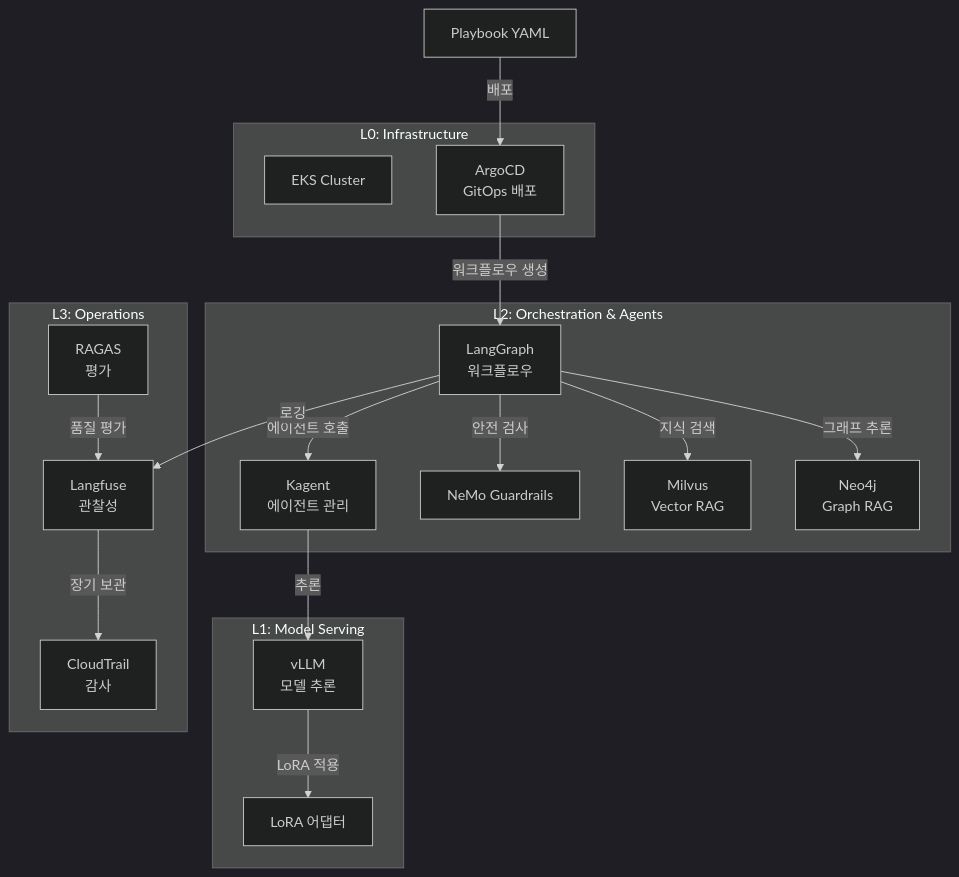
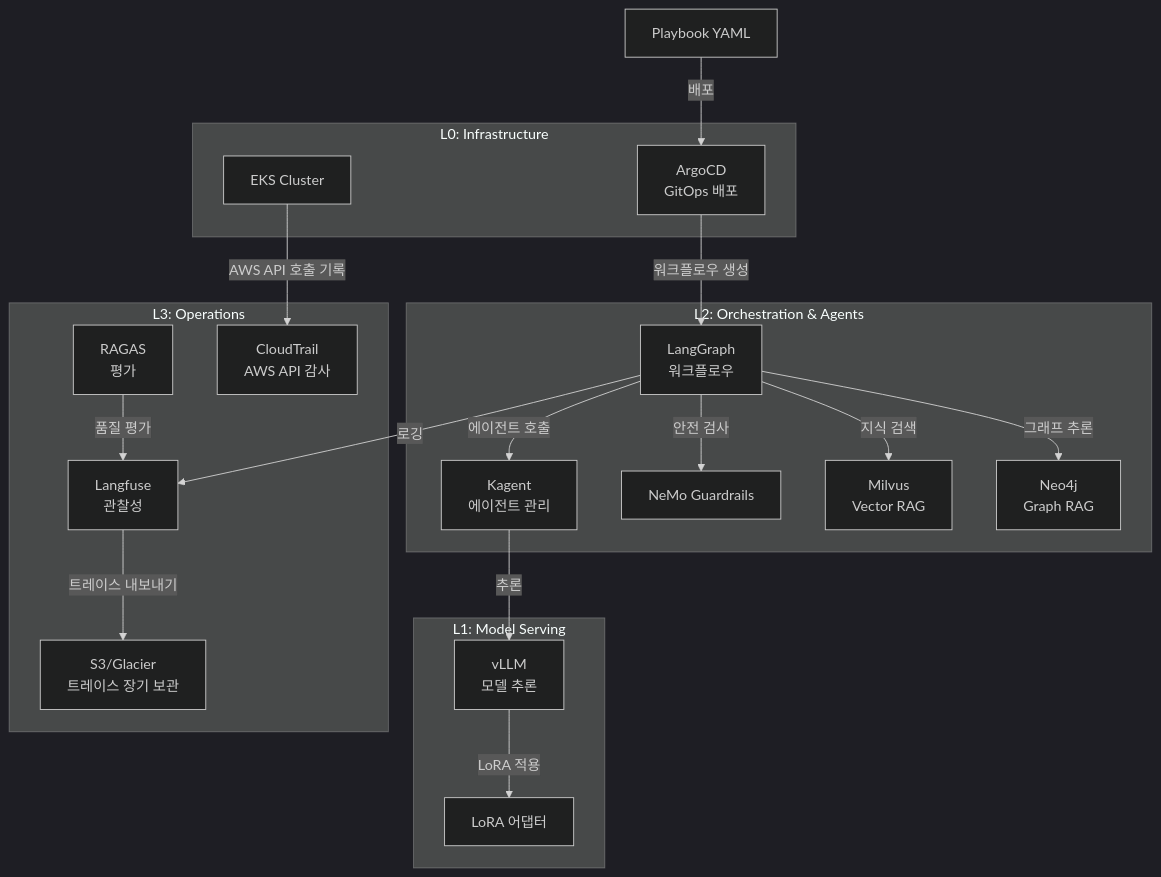
One commit to devfloor9/engineering-playbook changed the first of 4 diagrams in i18n/ko/docusaurus-plugin-content-docs/current/agentic-ai-platform/operations-mlops/governance/agentic-playbook.md. Above: the diagram before and after it, drawn with Mermaid (dark theme). The commit also changed other lines of this file and 7 other files, not shown here.

````diff
--- a/i18n/ko/docusaurus-plugin-content-docs/current/agentic-ai-platform/operations-mlops/governance/agentic-playbook.md
+++ b/i18n/ko/docusaurus-plugin-content-docs/current/agentic-ai-platform/operations-mlops/governance/agentic-playbook.md
@@ -211,38 +223,40 @@
 ```mermaid
 graph TB
     subgraph "L0: Infrastructure"
         EKS[EKS Cluster]
         ArgoCD[ArgoCD<br/>GitOps 배포]
     end
     
     subgraph "L1: Model Serving"
         vLLM[vLLM<br/>모델 추론]
         LoRA[LoRA 어댑터]
     end
     
     subgraph "L2: Orchestration & Agents"
         LangGraph[LangGraph<br/>워크플로우]
         Kagent[Kagent<br/>에이전트 관리]
         Guardrails[NeMo Guardrails]
         Milvus[Milvus<br/>Vector RAG]
         Neo4j[Neo4j<br/>Graph RAG]
     end
     
     subgraph "L3: Operations"
         Langfuse[Langfuse<br/>관찰성]
         RAGAS[RAGAS<br/>평가]
-        CloudTrail[CloudTrail<br/>감사]
+        CloudTrail[CloudTrail<br/>AWS API 감사]
+        Archive[S3/Glacier<br/>트레이스 장기 보관]
     end
     
     Playbook[Playbook YAML] -->|배포| ArgoCD
     ArgoCD -->|워크플로우 생성| LangGraph
     LangGraph -->|에이전트 호출| Kagent
     Kagent -->|추론| vLLM
     vLLM -->|LoRA 적용| LoRA
     LangGraph -->|안전 검사| Guardrails
     LangGraph -->|지식 검색| Milvus
     LangGraph -->|그래프 추론| Neo4j
     LangGraph -->|로깅| Langfuse
-    Langfuse -->|장기 보관| CloudTrail
+    Langfuse -->|트레이스 내보내기| Archive
+    EKS -->|AWS API 호출 기록| CloudTrail
     RAGAS -->|품질 평가| Langfuse
 ```
````
